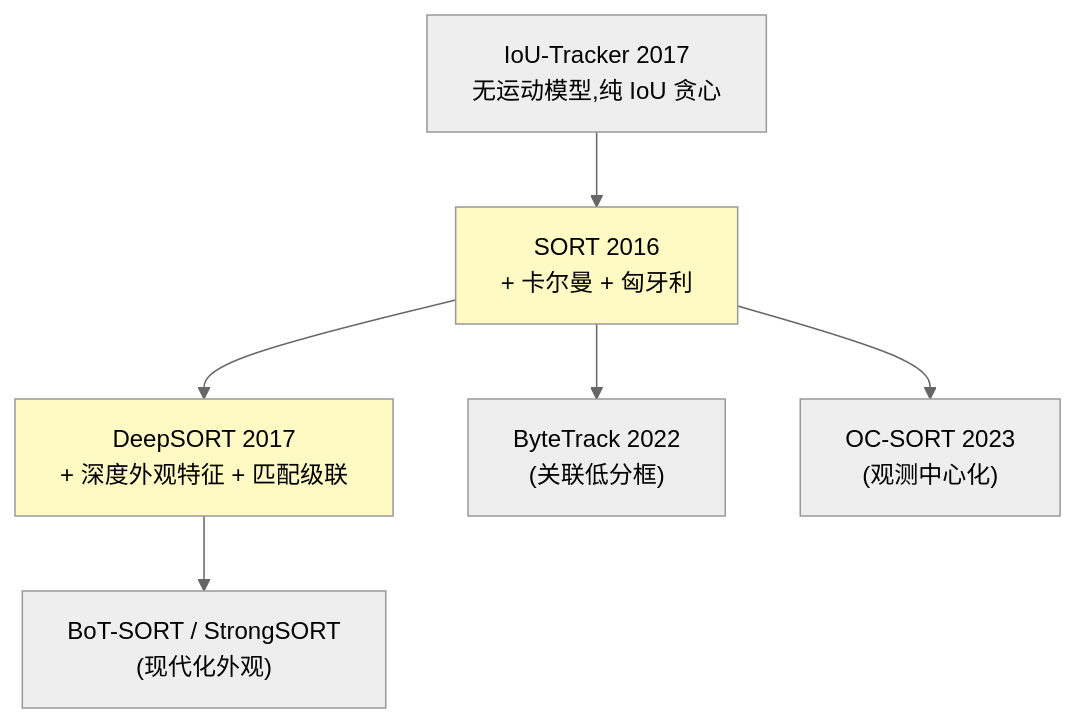
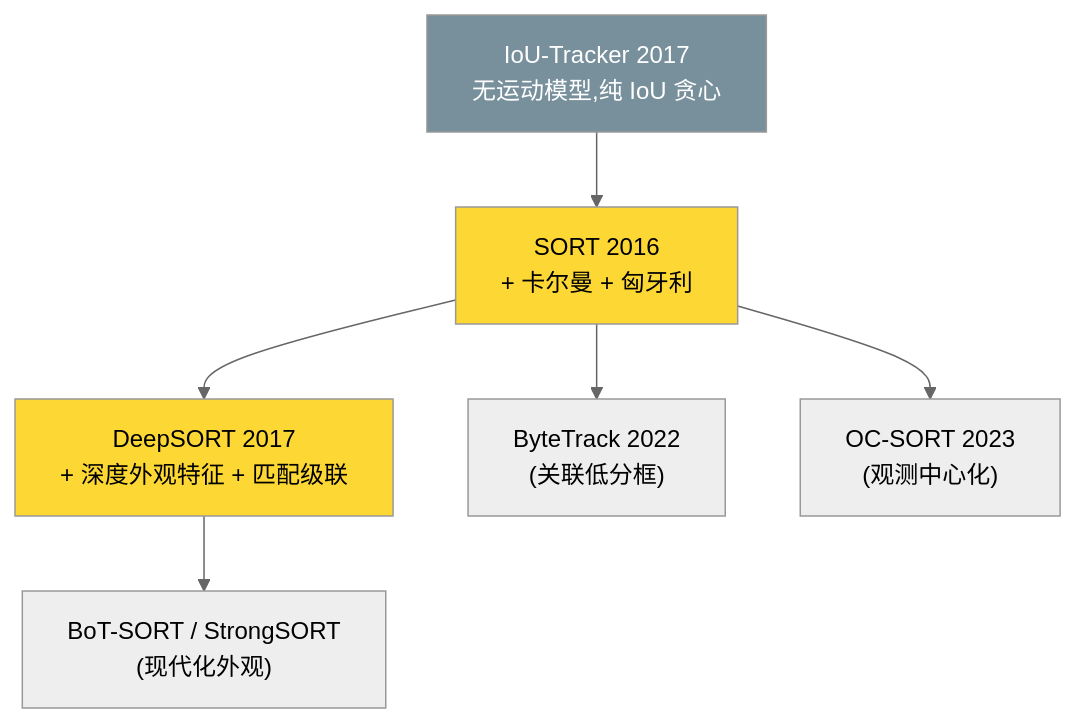
One commit to yyq19990828/onnxtools changed the first of 6 diagrams in docs/guides/tracking/traditional-methods.md. Above: the diagram before and after it, drawn with Mermaid (neutral theme). The commit also changed 12 other files, not shown here.

First line of the commit message:
fix(docs): 修复 mermaid 暗色模式配色 + 语法报错 + 数学公式渲染

````diff
--- a/docs/guides/tracking/traditional-methods.md
+++ b/docs/guides/tracking/traditional-methods.md
@@ -9,11 +9,11 @@
 ```mermaid
 graph TD
     IOU["IoU-Tracker 2017<br/>无运动模型,纯 IoU 贪心"] --> SORT
     SORT["SORT 2016<br/>+ 卡尔曼 + 匈牙利"] --> DEEP["DeepSORT 2017<br/>+ 深度外观特征 + 匹配级联"]
     SORT --> BT["ByteTrack 2022<br/>(关联低分框)"]
     SORT --> OC["OC-SORT 2023<br/>(观测中心化)"]
     DEEP --> BOT["BoT-SORT / StrongSORT<br/>(现代化外观)"]
-    style IOU fill:#eeeeee
-    style SORT fill:#fff9c4
-    style DEEP fill:#fff9c4
+    style IOU fill:#78909c,color:#fff
+    style SORT fill:#fdd835
+    style DEEP fill:#fdd835
 ```
````
